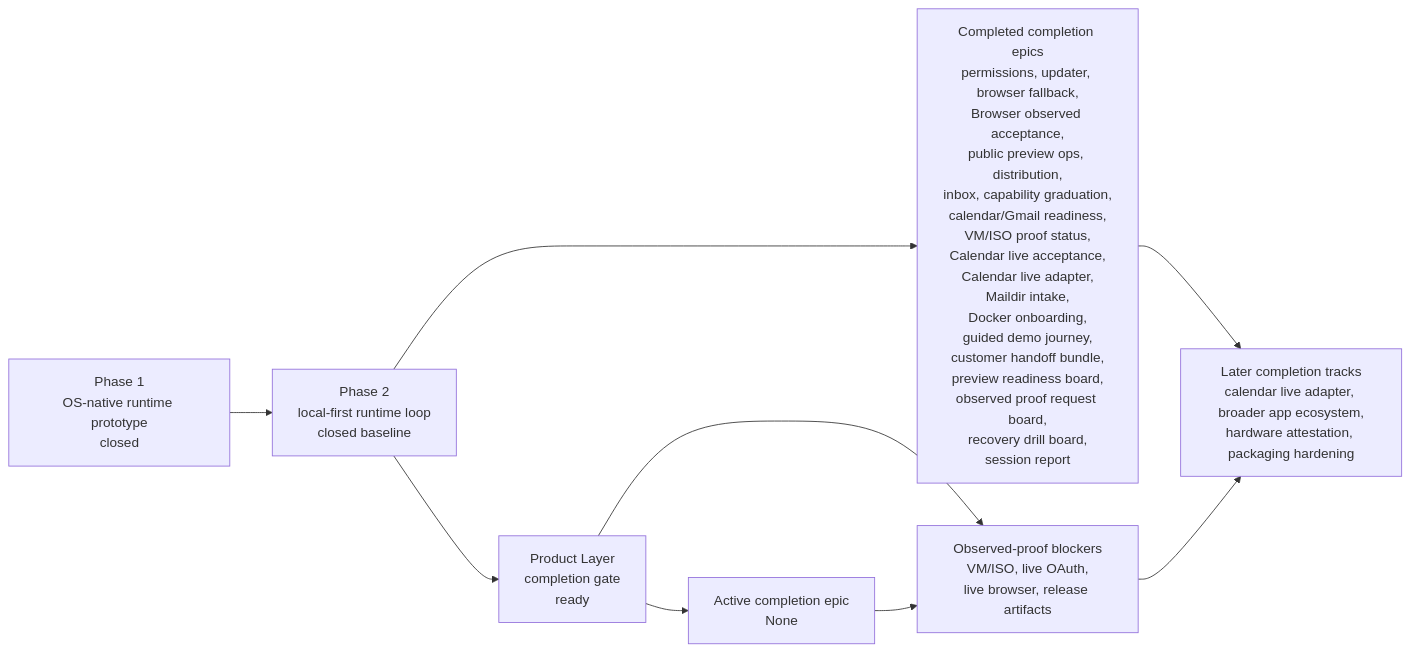
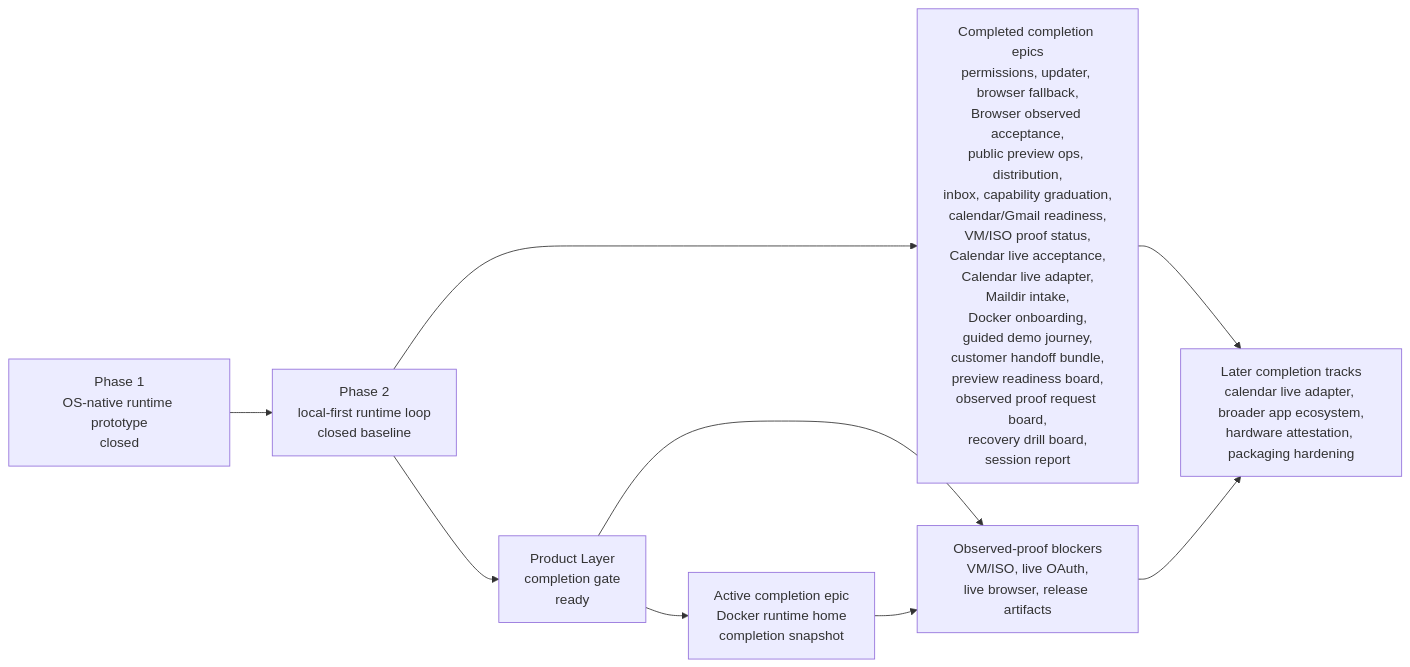
One commit to Jongtae/agentos changed the diagram in README.md. Above: the diagram before and after it, drawn with Mermaid. The commit also changed other lines of this file and 8 other files, not shown here.

Commit message:
Add Runtime Home completion snapshot

````diff
--- a/README.md
+++ b/README.md
@@ -179,17 +179,17 @@
 ```mermaid
 flowchart LR
   phase1["Phase 1\nOS-native runtime prototype\nclosed"]
   phase2["Phase 2\nlocal-first runtime loop\nclosed baseline"]
   ready["Product Layer\ncompletion gate\nready"]
-  active["Active completion epic\nNone"]
+  active["Active completion epic\nDocker runtime home\ncompletion snapshot"]
   completed["Completed completion epics\npermissions, updater, browser fallback,\nBrowser observed acceptance,\npublic preview ops, distribution,\ninbox, capability graduation,\ncalendar/Gmail readiness,\nVM/ISO proof status,\nCalendar live acceptance,\nCalendar live adapter,\nMaildir intake,\nDocker onboarding,\nguided demo journey,\ncustomer handoff bundle,\npreview readiness board,\nobserved proof request board,\nrecovery drill board,\nsession report"]
   blocked["Observed-proof blockers\nVM/ISO, live OAuth,\nlive browser, release artifacts"]
   future["Later completion tracks\ncalendar live adapter, broader app ecosystem,\nhardware attestation, packaging hardening"]
 
   phase1 --> phase2 --> ready --> active
   phase2 --> completed
   ready --> blocked
   active --> blocked
   completed --> future
   blocked --> future
 ```
````
